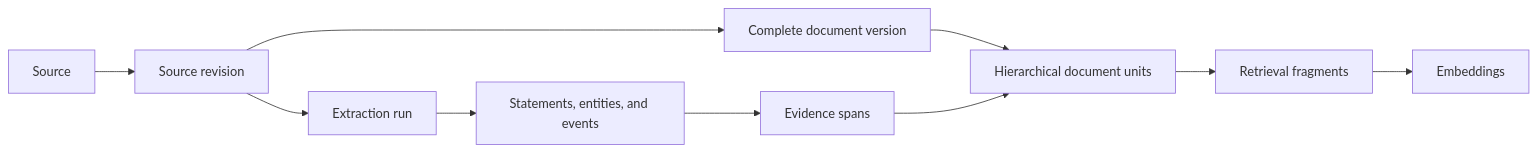
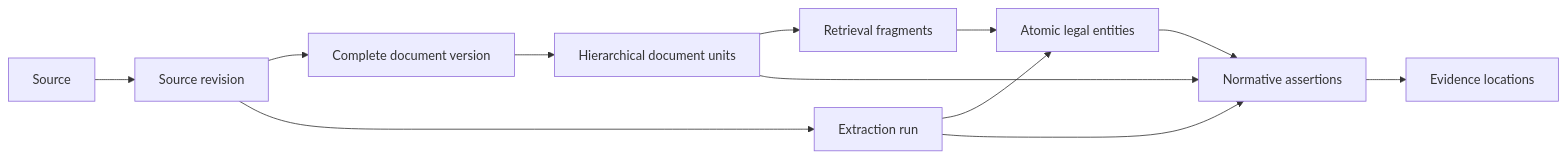
One commit to dharlanoliveira/norvii changed the second of 3 diagrams in docs/architecture/overview.md. Above: the diagram before and after it, drawn with Mermaid. The commit also changed other lines of this file and 118 other files, not shown here.

Commit message:
feat: add MCP research tools and assertion graph

````diff
--- a/docs/architecture/overview.md
+++ b/docs/architecture/overview.md
@@ -53,13 +53,15 @@
 ```mermaid
 flowchart LR
     S[Source] --> R[Source revision]
     R --> D[Complete document version]
     D --> U[Hierarchical document units]
     U --> F[Retrieval fragments]
     F --> E[Embeddings]
 
     R --> X[Extraction run]
-    X --> K[Statements, entities, and events]
-    K --> P[Evidence spans]
-    P --> U
+    X --> E[Atomic legal entities]
+    X --> A[Normative assertions]
+    E --> A
+    U --> A
+    A --> P[Evidence locations]
 ```
````
